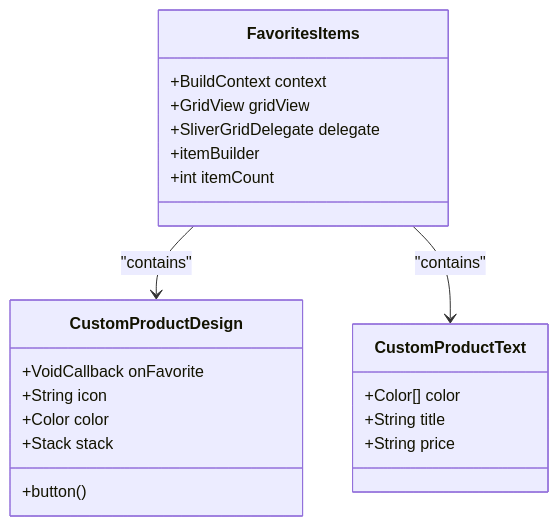
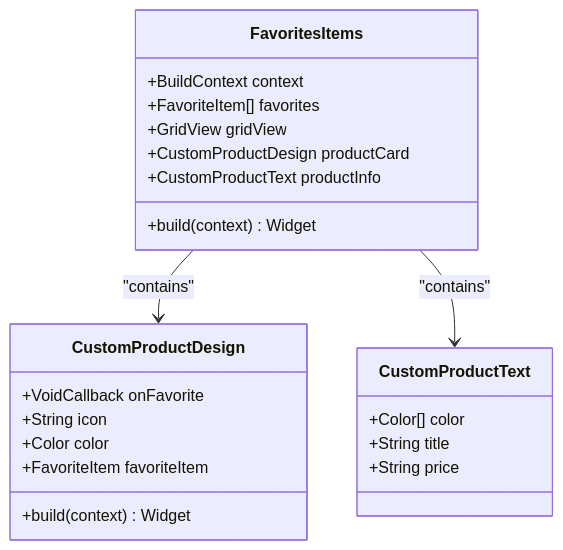
Before and after one commit to Ariful3111/FurniGo: diagram 13 of 14 in .qoder/repowiki/en/content/Core Features/Favorites Module.md, drawn with Mermaid. The commit also changed other lines of this file and 67 other files, not shown here.

````diff
--- a/.qoder/repowiki/en/content/Core Features/Favorites Module.md
+++ b/.qoder/repowiki/en/content/Core Features/Favorites Module.md
@@ -430,24 +645,25 @@
 ```mermaid
 classDiagram
 class FavoritesItems {
 +BuildContext context
++FavoriteItem[] favorites
++build(context) Widget
 +GridView gridView
-+SliverGridDelegate delegate
-+itemBuilder
-+int itemCount
++CustomProductDesign productCard
++CustomProductText productInfo
 }
 class CustomProductDesign {
 +VoidCallback onFavorite
 +String icon
 +Color color
-+Stack stack
-+button()
++FavoriteItem favoriteItem
++build(context) Widget
 }
 class CustomProductText {
 +Color[] color
 +String title
 +String price
 }
 FavoritesItems --> CustomProductDesign : "contains"
 FavoritesItems --> CustomProductText : "contains"
 ```
````
